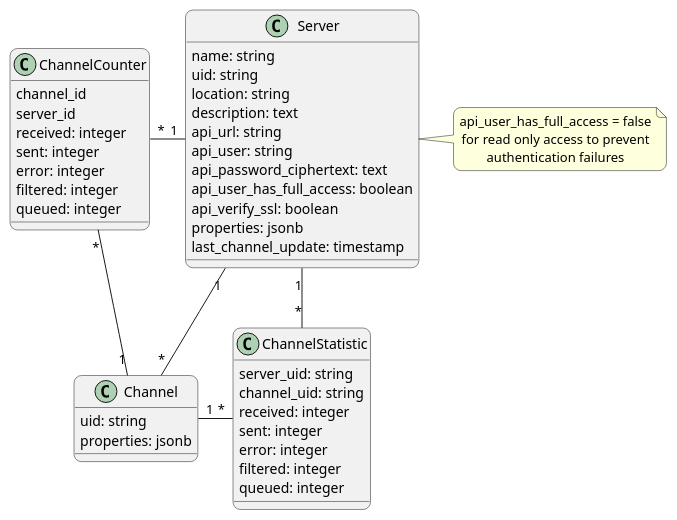
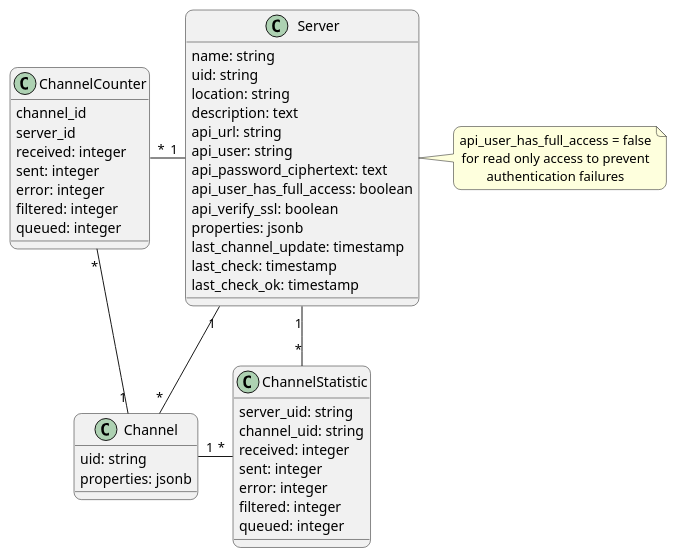
The diagram in doc/dev-notes/modules/ROOT/images/models.puml (swobspace/mirco), drawn with PlantUML before and after one commit. The commit also changed 4 other files, not shown here.

Commit message:
add last_check attributes

```diff
--- a/doc/dev-notes/modules/ROOT/images/models.puml
+++ b/doc/dev-notes/modules/ROOT/images/models.puml
@@ -1,56 +1,58 @@
 @startuml
 top to bottom direction
 skinparam defaultTextAlignment center
 skinparam roundCorner 15
 
 class Server  {
   name: string
   uid: string
   location: string
   description: text
   api_url: string
   api_user: string
   api_password_ciphertext: text
   api_user_has_full_access: boolean
   api_verify_ssl: boolean
   properties: jsonb
   last_channel_update: timestamp
+  last_check: timestamp
+  last_check_ok: timestamp
 }
 note right of Server
   api_user_has_full_access = false
   for read only access to prevent
   authentication failures
 end note
 
 class Channel {
   uid: string
   properties: jsonb
 }
 
 class ChannelStatistic {
   server_uid: string
   channel_uid: string
   received: integer
   sent: integer
   error: integer
   filtered: integer
   queued: integer
 }
 
 class ChannelCounter {
   channel_id
   server_id
   received: integer
   sent: integer
   error: integer
   filtered: integer
   queued: integer
 }
 
 Server "1" -- "*" Channel
 Server "1" - "*" ChannelStatistic
 Channel "1" - "*" ChannelStatistic
 ChannelCounter "*" - "1" Server
 ChannelCounter "*" -- "1" Channel
 
 @enduml
```
